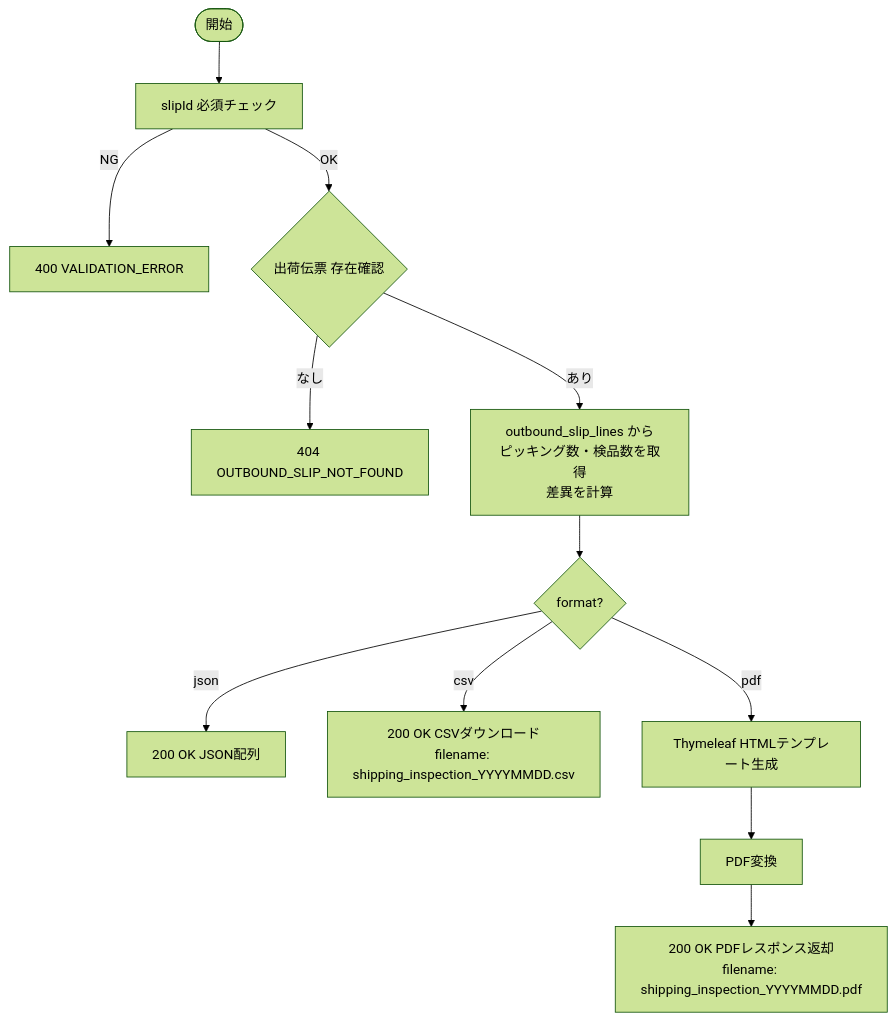
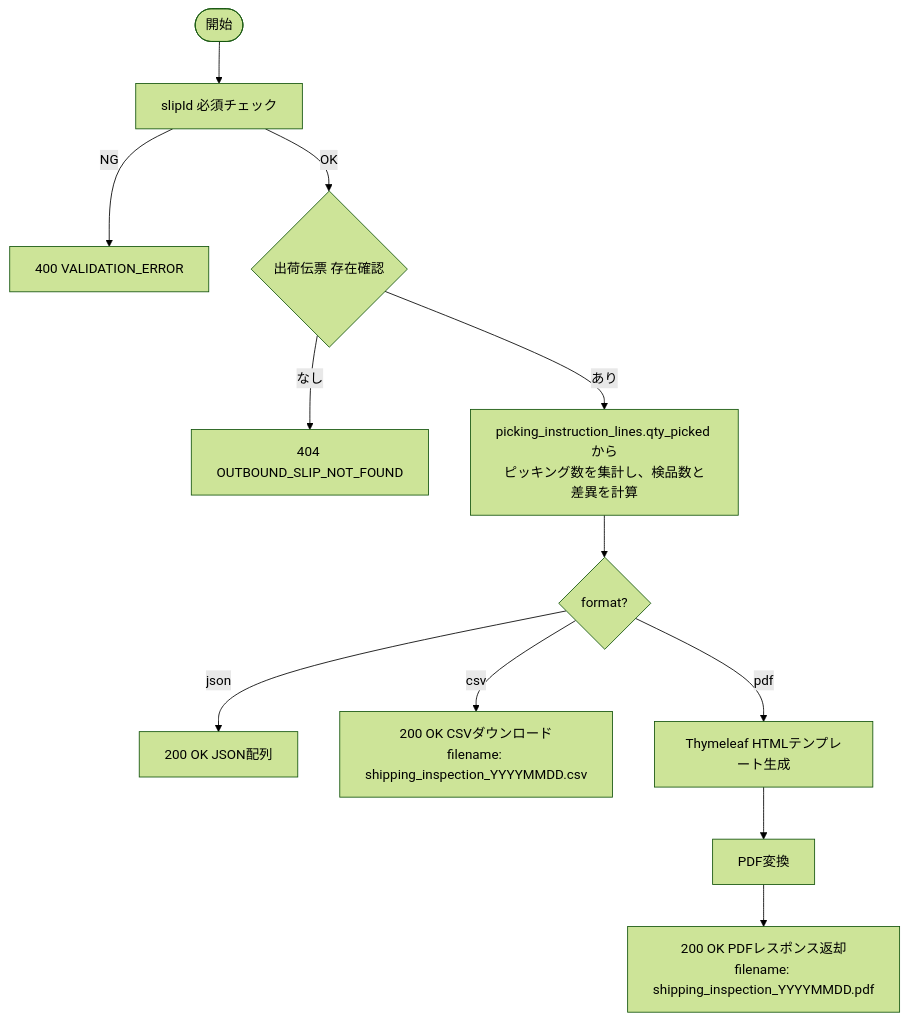
Diagram 12 of 17 in docs/functional-design/API-10-report.md (hidefumiagata/wms), drawn with Mermaid (forest theme) before and after one commit. The commit also changed 2 other files, not shown here.

Commit message:
docs: API-RPT-013フローチャートのデータ取得元をpicking_instruction_linesに修正 / Fix RPT-013 flowchart data source to picking_instruction_lines

````diff
--- a/docs/functional-design/API-10-report.md
+++ b/docs/functional-design/API-10-report.md
@@ -1184,12 +1184,12 @@
 ```mermaid
 flowchart TD
     START([開始]) --> VALIDATE[slipId 必須チェック]
     VALIDATE -->|NG| ERR_VAL[400 VALIDATION_ERROR]
     VALIDATE -->|OK| FIND_SLIP{出荷伝票 存在確認}
     FIND_SLIP -->|なし| ERR_404[404 OUTBOUND_SLIP_NOT_FOUND]
-    FIND_SLIP -->|あり| QUERY[outbound_slip_lines から\nピッキング数・検品数を取得\n差異を計算]
+    FIND_SLIP -->|あり| QUERY[picking_instruction_lines.qty_picked から\nピッキング数を集計し、検品数と\n差異を計算]
     QUERY --> FORMAT{format?}
     FORMAT -->|json| RES_JSON[200 OK JSON配列]
     FORMAT -->|csv| RES_CSV[200 OK CSVダウンロード\nfilename: shipping_inspection_YYYYMMDD.csv]
     FORMAT -->|pdf| GEN_HTML[Thymeleaf HTMLテンプレート生成] --> CONVERT_PDF[PDF変換] --> RES_PDF[200 OK PDFレスポンス返却\nfilename: shipping_inspection_YYYYMMDD.pdf]
 ```
````
